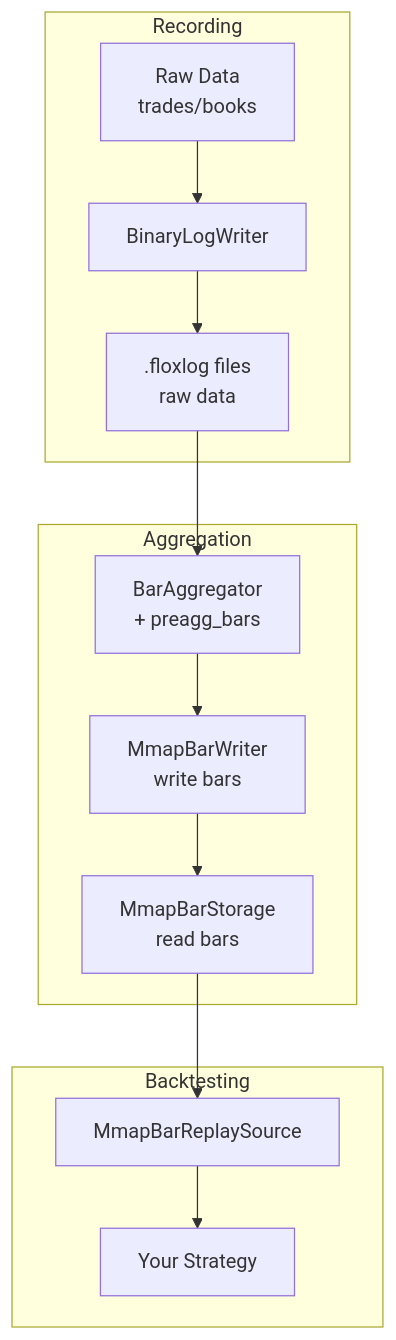
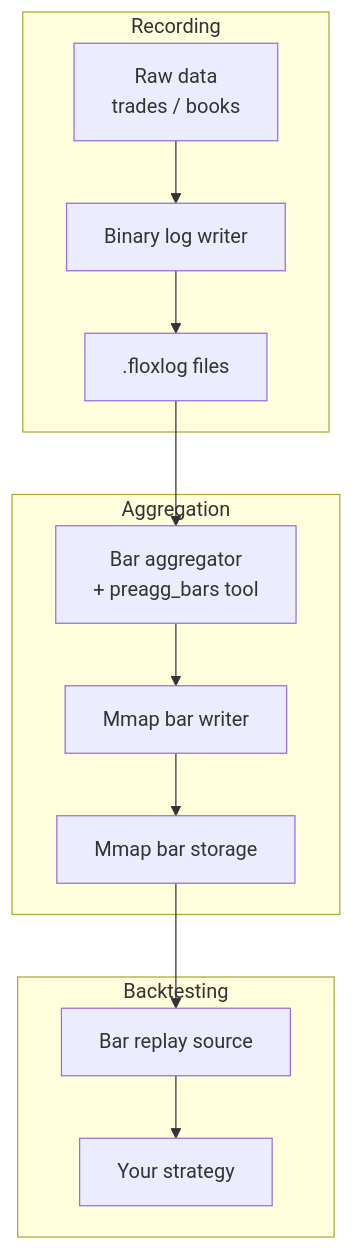
The diagram in docs/how-to/bar-aggregation.md (FLOX-Foundation/flox), drawn with Mermaid before and after one commit. The commit also changed other lines of this file and 48 other files, not shown here.

````diff
--- a/docs/how-to/bar-aggregation.md
+++ b/docs/how-to/bar-aggregation.md
@@ -9,18 +5,18 @@
 ```mermaid
 flowchart TB
     subgraph Recording
-        RD[Raw Data<br/>trades/books] --> BLW[BinaryLogWriter]
-        BLW --> FLX[.floxlog files<br/>raw data]
+        RD[Raw data<br/>trades / books] --> BLW[Binary log writer]
+        BLW --> FLX[.floxlog files]
     end
 
     subgraph Aggregation
-        FLX --> BA[BarAggregator<br/>+ preagg_bars]
-        BA --> MBW[MmapBarWriter<br/>write bars]
-        MBW --> MBS[MmapBarStorage<br/>read bars]
+        FLX --> BA[Bar aggregator<br/>+ preagg_bars tool]
+        BA --> MBW[Mmap bar writer]
+        MBW --> MBS[Mmap bar storage]
     end
 
     subgraph Backtesting
-        MBS --> MBRS[MmapBarReplaySource]
-        MBRS --> STR[Your Strategy]
+        MBS --> MBRS[Bar replay source]
+        MBRS --> STR[Your strategy]
     end
 ```
````
